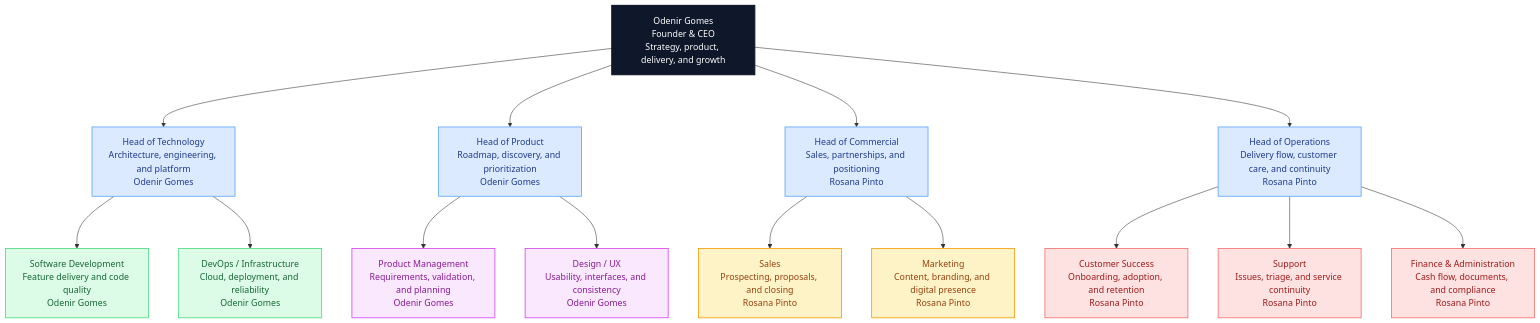
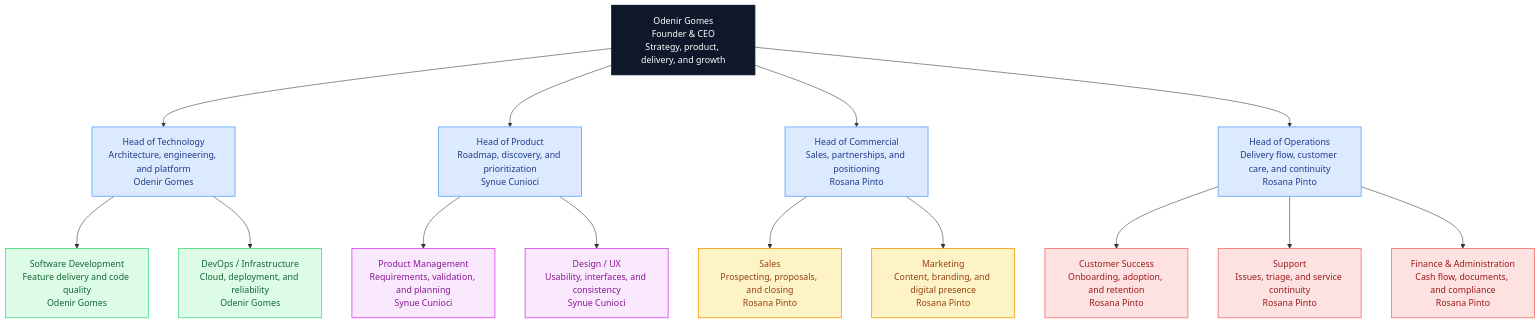
Before and after one commit to ogs-tech/.github: the diagram in profile/about/README.md, drawn with Mermaid. The commit also changed other lines of this file, not shown here.

Commit message:
Update leadership roles in organizational chart

````diff
--- a/profile/about/README.md
+++ b/profile/about/README.md
@@ -37,38 +37,38 @@
 ```mermaid
 %%{init: {"flowchart": {"nodeSpacing": 55, "rankSpacing": 95, "diagramPadding": 28, "useMaxWidth": true}}}%%
 flowchart TB
 
     CEO["Odenir Gomes<br/>Founder & CEO<br/>Strategy, product, delivery, and growth"]
 
     CEO --> TECH["Head of Technology<br/>Architecture, engineering, and platform<br/>Odenir Gomes"]
-    CEO --> PRODUCT["Head of Product<br/>Roadmap, discovery, and prioritization<br/>Odenir Gomes"]
+    CEO --> PRODUCT["Head of Product<br/>Roadmap, discovery, and prioritization<br/>Synue Cunioci"]
     CEO --> BUSINESS["Head of Commercial<br/>Sales, partnerships, and positioning<br/>Rosana Pinto"]
     CEO --> OPS["Head of Operations<br/>Delivery flow, customer care, and continuity<br/>Rosana Pinto"]
 
     TECH --> SDE["Software Development<br/>Feature delivery and code quality<br/>Odenir Gomes"]
     TECH --> DEVOPS["DevOps / Infrastructure<br/>Cloud, deployment, and reliability<br/>Odenir Gomes"]
 
-    PRODUCT --> PM["Product Management<br/>Requirements, validation, and planning<br/>Odenir Gomes"]
-    PRODUCT --> DESIGN["Design / UX<br/>Usability, interfaces, and consistency<br/>Odenir Gomes"]
+    PRODUCT --> PM["Product Management<br/>Requirements, validation, and planning<br/>Synue Cunioci"]
+    PRODUCT --> DESIGN["Design / UX<br/>Usability, interfaces, and consistency<br/>Synue Cunioci"]
 
     BUSINESS --> SALES["Sales<br/>Prospecting, proposals, and closing<br/>Rosana Pinto"]
     BUSINESS --> MKT["Marketing<br/>Content, branding, and digital presence<br/>Rosana Pinto"]
 
     OPS --> CS["Customer Success<br/>Onboarding, adoption, and retention<br/>Rosana Pinto"]
     OPS --> SUPPORT["Support<br/>Issues, triage, and service continuity<br/>Rosana Pinto"]
     OPS --> FIN["Finance & Administration<br/>Cash flow, documents, and compliance<br/>Rosana Pinto"]
 
     classDef founder fill:#0f172a,color:#ffffff,stroke:#0f172a,stroke-width:2px;
     classDef heads fill:#dbeafe,color:#1e3a8a,stroke:#60a5fa,stroke-width:1.5px;
     classDef tech fill:#dcfce7,color:#166534,stroke:#4ade80,stroke-width:1.5px;
     classDef product fill:#fae8ff,color:#86198f,stroke:#d946ef,stroke-width:1.5px;
     classDef growth fill:#fef3c7,color:#92400e,stroke:#f59e0b,stroke-width:1.5px;
     classDef ops fill:#fee2e2,color:#991b1b,stroke:#f87171,stroke-width:1.5px;
 
     class CEO founder;
     class TECH,PRODUCT,BUSINESS,OPS heads;
     class SDE,DEVOPS tech;
     class PM,DESIGN product;
     class SALES,MKT growth;
     class CS,SUPPORT,FIN ops;
 ```
````
